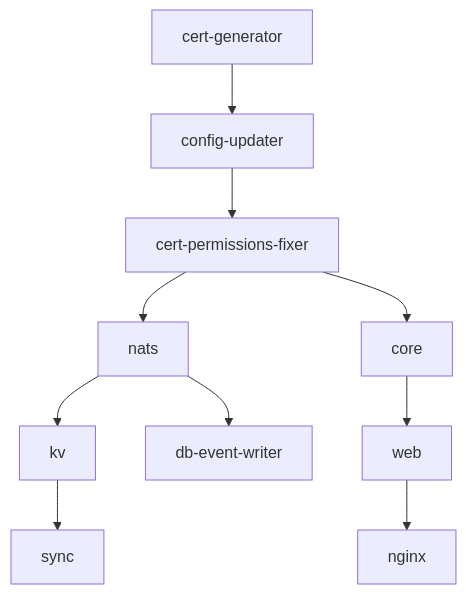
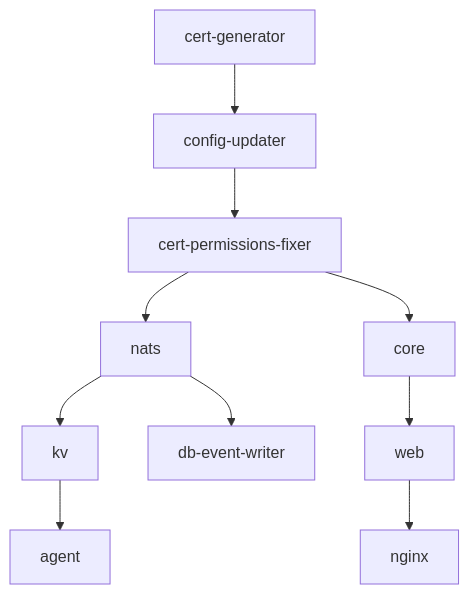
The diagram in docs/docs/docker-setup.md (carverauto/serviceradar), drawn with Mermaid before and after one commit. The commit also changed other lines of this file and 92 other files, not shown here.

Commit message:
sync service integration work into agent WIP

````diff
--- a/docs/docs/docker-setup.md
+++ b/docs/docs/docker-setup.md
@@ -647,12 +646,12 @@
 ```mermaid
 graph TD
     A[cert-generator] --> B[config-updater]
     B --> C[cert-permissions-fixer]
     C --> D[nats]
     C --> E[core]
     D --> F[kv]
     E --> G[web]
     G --> H[nginx]
-    F --> I[sync]
+    F --> I[agent]
     D --> J[db-event-writer]
 ```
````
